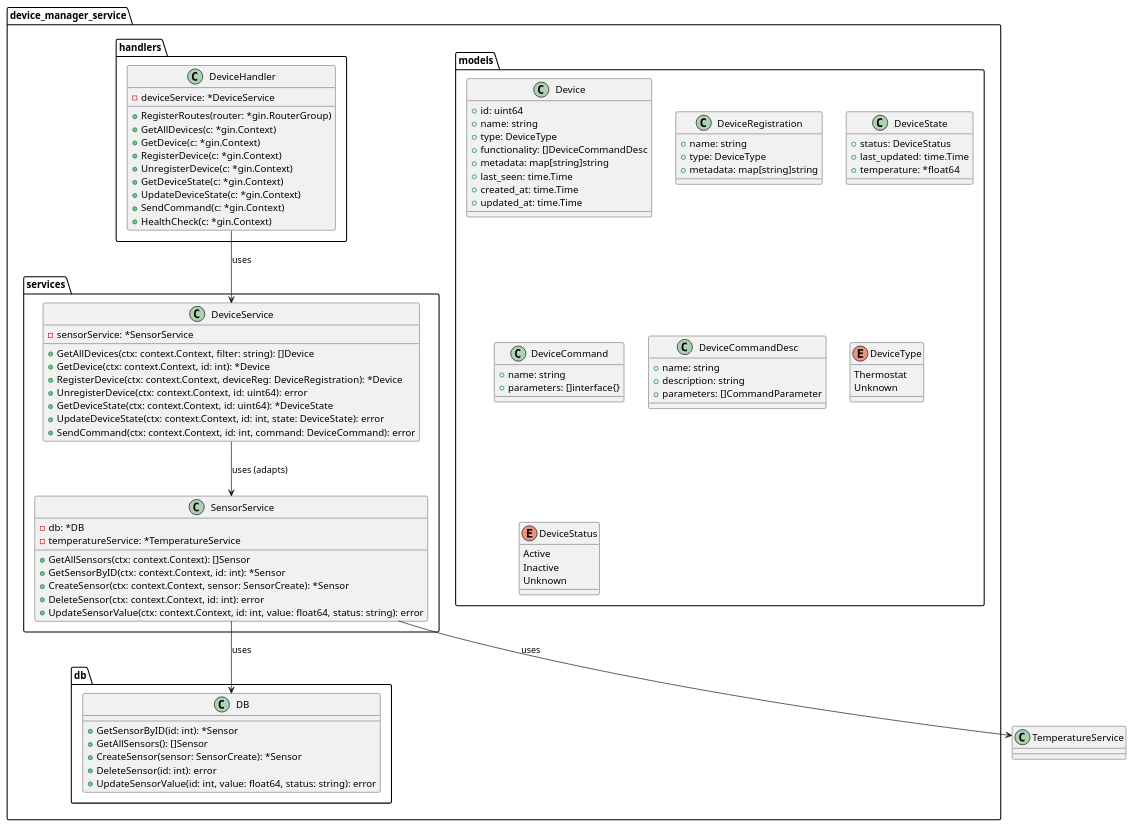
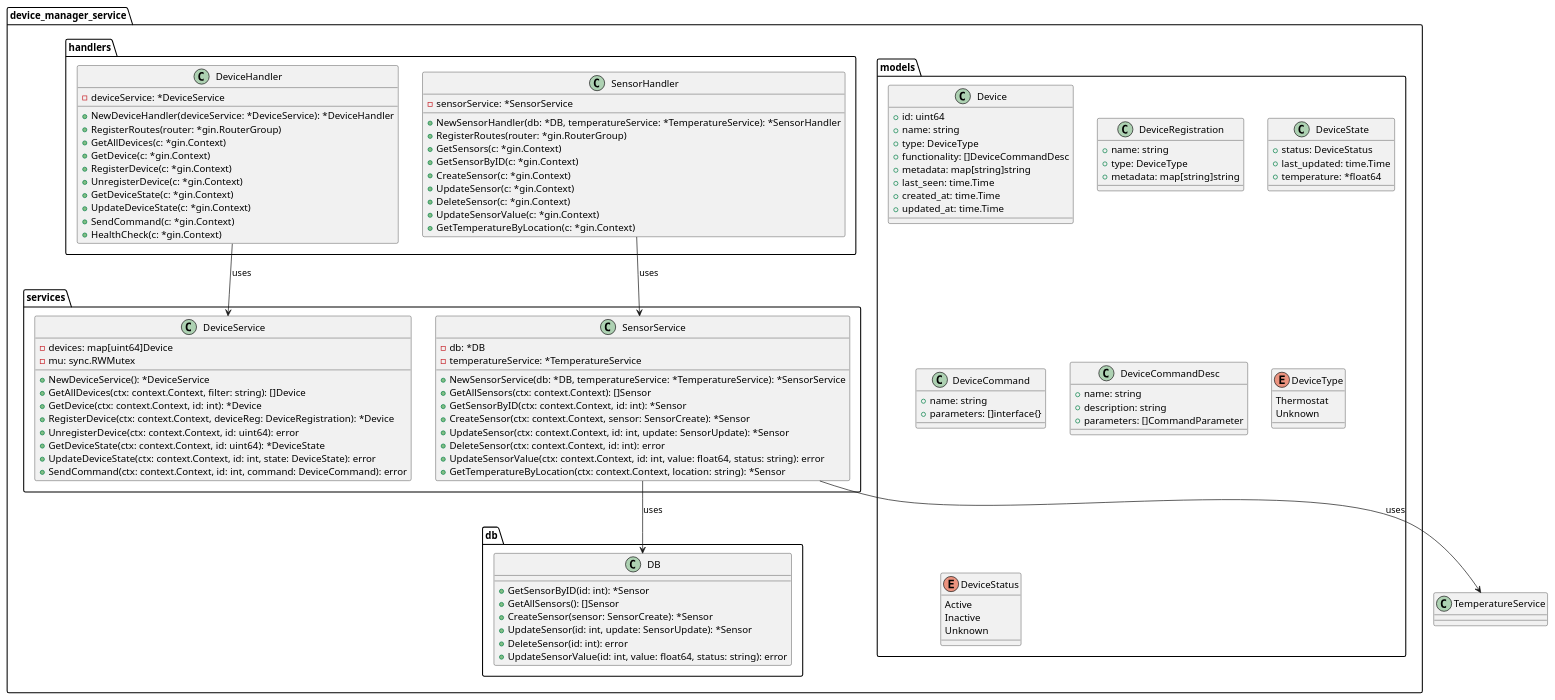
The diagram in diagrams/microservices/code/device_manager_service.puml (Ayrtat/architecture-pro-warmhouse), drawn with PlantUML before and after one commit. The commit also changed 41 other files, not shown here.

```diff
--- a/diagrams/microservices/code/device_manager_service.puml
+++ b/diagrams/microservices/code/device_manager_service.puml
@@ -1,104 +1,124 @@
 @startuml
 package "device_manager_service" {
   package "models" {
     class Device {
       + id: uint64
       + name: string
       + type: DeviceType
       + functionality: []DeviceCommandDesc
       + metadata: map[string]string
       + last_seen: time.Time
       + created_at: time.Time
       + updated_at: time.Time
     }
 
     class DeviceRegistration {
       + name: string
       + type: DeviceType
       + metadata: map[string]string
     }
 
     class DeviceState {
       + status: DeviceStatus
       + last_updated: time.Time
       + temperature: *float64
     }
 
     class DeviceCommand {
       + name: string
       + parameters: []interface{}
     }
 
     class DeviceCommandDesc {
       + name: string
       + description: string
       + parameters: []CommandParameter
     }
 
     enum DeviceType {
       Thermostat
       Unknown
     }
 
     enum DeviceStatus {
       Active
       Inactive
       Unknown
     }
   }
 
   package "handlers" {
     class DeviceHandler {
       - deviceService: *DeviceService
+      + NewDeviceHandler(deviceService: *DeviceService): *DeviceHandler
       + RegisterRoutes(router: *gin.RouterGroup)
       + GetAllDevices(c: *gin.Context)
       + GetDevice(c: *gin.Context)
       + RegisterDevice(c: *gin.Context)
       + UnregisterDevice(c: *gin.Context)
       + GetDeviceState(c: *gin.Context)
       + UpdateDeviceState(c: *gin.Context)
       + SendCommand(c: *gin.Context)
       + HealthCheck(c: *gin.Context)
     }
+
+    class SensorHandler {
+      - sensorService: *SensorService
+      + NewSensorHandler(db: *DB, temperatureService: *TemperatureService): *SensorHandler
+      + RegisterRoutes(router: *gin.RouterGroup)
+      + GetSensors(c: *gin.Context)
+      + GetSensorByID(c: *gin.Context)
+      + CreateSensor(c: *gin.Context)
+      + UpdateSensor(c: *gin.Context)
+      + DeleteSensor(c: *gin.Context)
+      + UpdateSensorValue(c: *gin.Context)
+      + GetTemperatureByLocation(c: *gin.Context)
+    }
   }
 
   package "services" {
     class DeviceService {
-      - sensorService: *SensorService
+      - devices: map[uint64]Device
+      - mu: sync.RWMutex
+      + NewDeviceService(): *DeviceService
       + GetAllDevices(ctx: context.Context, filter: string): []Device
       + GetDevice(ctx: context.Context, id: int): *Device
       + RegisterDevice(ctx: context.Context, deviceReg: DeviceRegistration): *Device
       + UnregisterDevice(ctx: context.Context, id: uint64): error
       + GetDeviceState(ctx: context.Context, id: uint64): *DeviceState
       + UpdateDeviceState(ctx: context.Context, id: int, state: DeviceState): error
       + SendCommand(ctx: context.Context, id: int, command: DeviceCommand): error
     }
 
     class SensorService {
       - db: *DB
       - temperatureService: *TemperatureService
+      + NewSensorService(db: *DB, temperatureService: *TemperatureService): *SensorService
       + GetAllSensors(ctx: context.Context): []Sensor
       + GetSensorByID(ctx: context.Context, id: int): *Sensor
       + CreateSensor(ctx: context.Context, sensor: SensorCreate): *Sensor
+      + UpdateSensor(ctx: context.Context, id: int, update: SensorUpdate): *Sensor
       + DeleteSensor(ctx: context.Context, id: int): error
       + UpdateSensorValue(ctx: context.Context, id: int, value: float64, status: string): error
+      + GetTemperatureByLocation(ctx: context.Context, location: string): *Sensor
     }
   }
 
   package "db" {
     class DB {
       + GetSensorByID(id: int): *Sensor
       + GetAllSensors(): []Sensor
       + CreateSensor(sensor: SensorCreate): *Sensor
+      + UpdateSensor(id: int, update: SensorUpdate): *Sensor
       + DeleteSensor(id: int): error
       + UpdateSensorValue(id: int, value: float64, status: string): error
     }
   }
 }
 
 DeviceHandler --> DeviceService : uses
-DeviceService --> SensorService : uses (adapts)
+SensorHandler --> SensorService : uses
 SensorService --> DB : uses
 SensorService --> TemperatureService : uses
 
 @enduml
```
